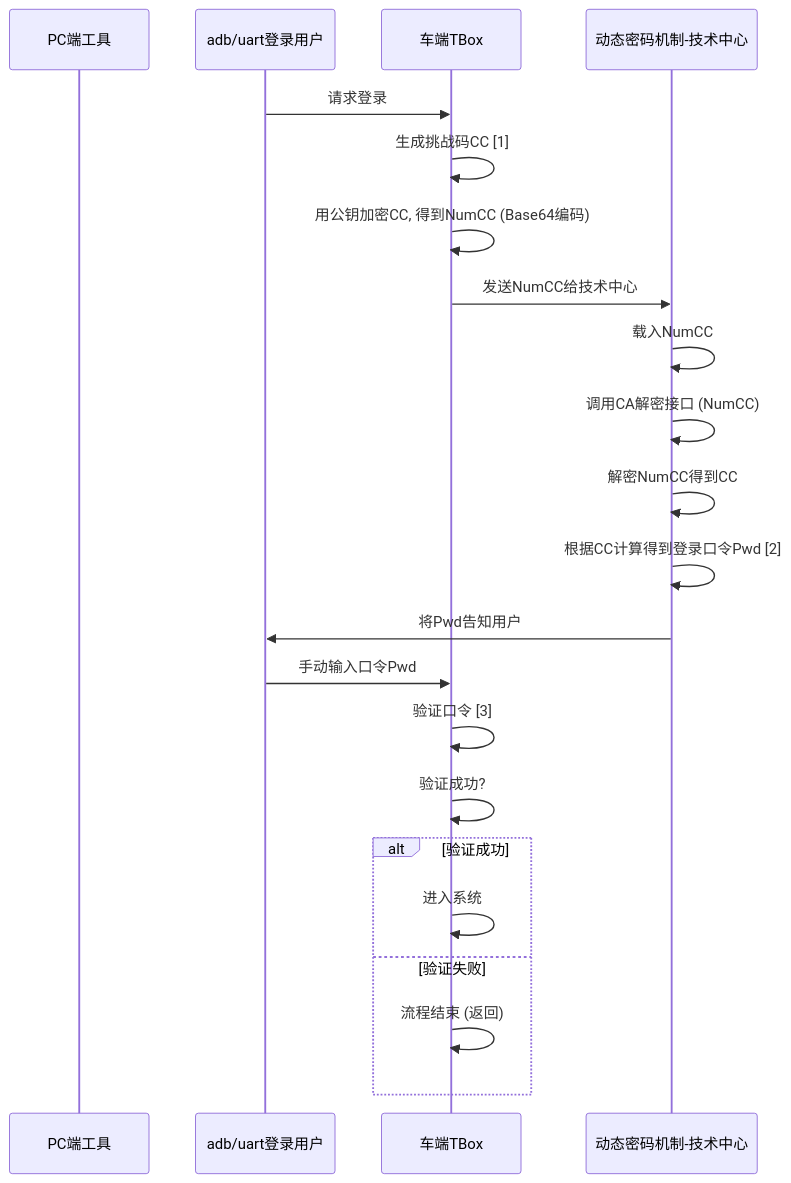
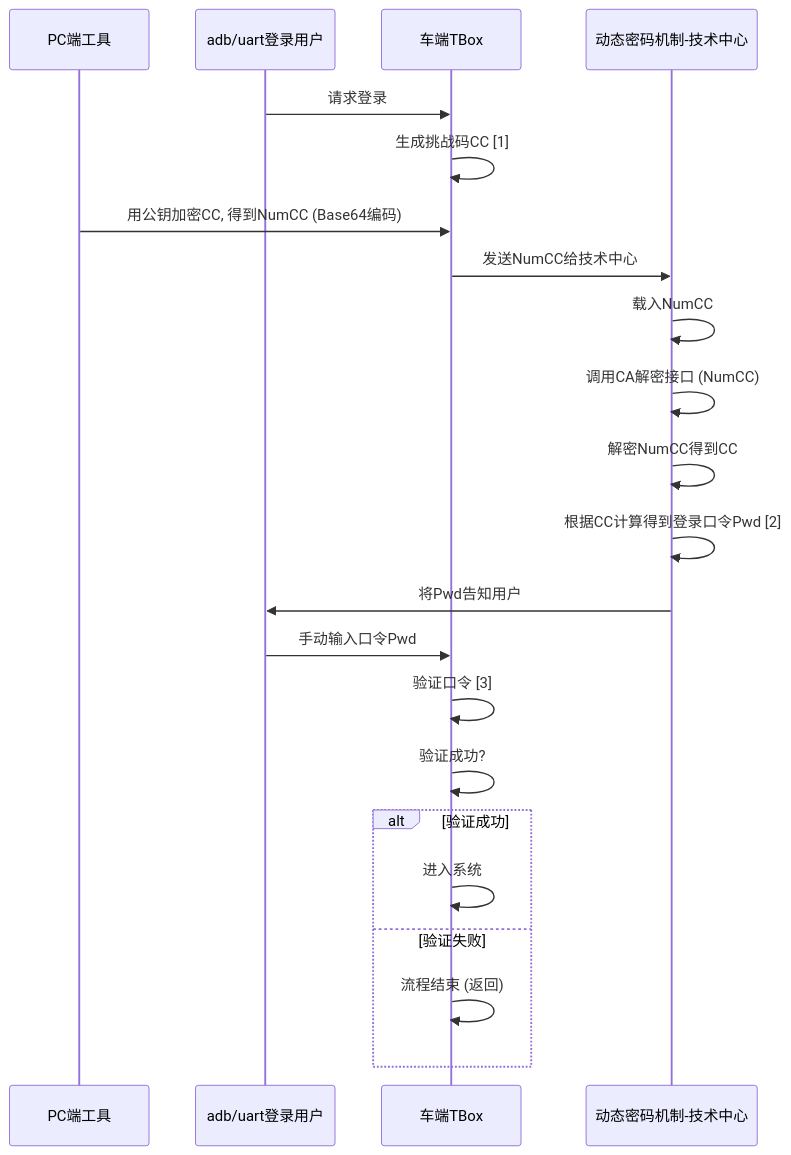
The diagram in all/未命名-13.md (facebook-cloud/iodraw-files), drawn with Mermaid before and after one commit.

Commit message:
2026-01-26 18:17:32 update

````diff
--- a/all/未命名-13.md
+++ b/all/未命名-13.md
@@ -1,28 +1,28 @@
 ```mermaid
 sequenceDiagram
     participant pc as PC端工具
     participant user as adb/uart登录用户
     participant tbox as 车端TBox
     participant tech_center as 动态密码机制-技术中心
   
 
     user->>tbox: 请求登录
     tbox->>tbox: 生成挑战码CC [1]
-    tbox->>tbox: 用公钥加密CC, 得到NumCC (Base64编码)
+    pc->>tbox: 用公钥加密CC, 得到NumCC (Base64编码)
     tbox->>tech_center: 发送NumCC给技术中心
     tech_center->>tech_center: 载入NumCC
     tech_center->>tech_center: 调用CA解密接口 (NumCC)
     tech_center->>tech_center: 解密NumCC得到CC
     tech_center->>tech_center: 根据CC计算得到登录口令Pwd [2]
     tech_center->>user: 将Pwd告知用户
     user->>tbox: 手动输入口令Pwd
     tbox->>tbox: 验证口令 [3]
     tbox->>tbox: 验证成功?
     alt 验证成功
         tbox->>tbox: 进入系统
     else 验证失败
         tbox->>tbox: 流程结束 (返回)
     end
 
 
 ```
````
